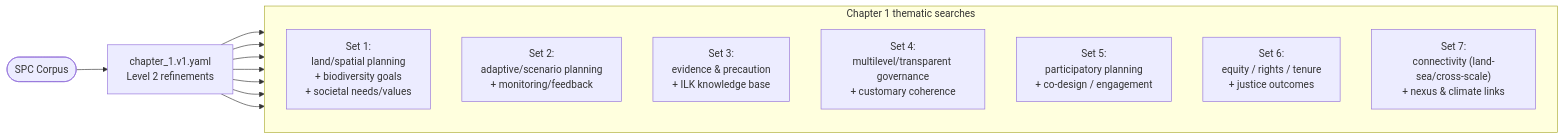
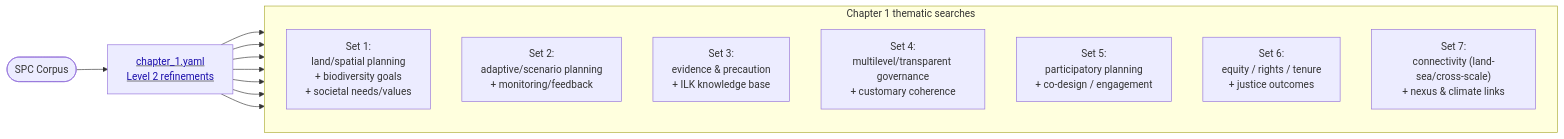
One commit to gabriellabishop/IPBES_SPC_Corpus changed the diagram in figures/chapter1.mmd. Above: the diagram before and after it, drawn with Mermaid. The commit also changed 15 other files, not shown here.

Commit message:
Highlighted links in charts, fixed apostrophe etc issues

```diff
--- a/figures/chapter1.mmd
+++ b/figures/chapter1.mmd
@@ -1,22 +1,23 @@
+%%{init: {'flowchart': {'htmlLabels': true}}}%%
 flowchart LR
-    Start([SPC Corpus]) --> Ch1["chapter_1.v1.yaml<br/>Level 2 refinements"]
-    click Ch1 "./input/search_terms/chapter_1.v1.yaml" "Open chapter_1.v1.yaml"
+    Start([SPC Corpus]) --> Ch1["<u><span style='color:#1a0dab;'>chapter_1.yaml<br/>Level 2 refinements</span></u>"]
+    click Ch1 "./input/search_terms/chapter_1.yaml" "Open chapter_1.yaml"
 
     subgraph Chapter1Sets["Chapter 1 thematic searches"]
         direction TB
         C1_1["Set 1:<br/>land/spatial planning<br/>+ biodiversity goals<br/>+ societal needs/values"]
         C1_2["Set 2:<br/>adaptive/scenario planning<br/>+ monitoring/feedback"]
         C1_3["Set 3:<br/>evidence & precaution<br/>+ ILK knowledge base"]
         C1_4["Set 4:<br/>multilevel/transparent governance<br/>+ customary coherence"]
         C1_5["Set 5:<br/>participatory planning<br/>+ co-design / engagement"]
         C1_6["Set 6:<br/>equity / rights / tenure<br/>+ justice outcomes"]
         C1_7["Set 7:<br/>connectivity (land-sea/cross-scale)<br/>+ nexus & climate links"]
     end
 
     Ch1 --> C1_1
     Ch1 --> C1_2
     Ch1 --> C1_3
     Ch1 --> C1_4
     Ch1 --> C1_5
     Ch1 --> C1_6
     Ch1 --> C1_7
```
